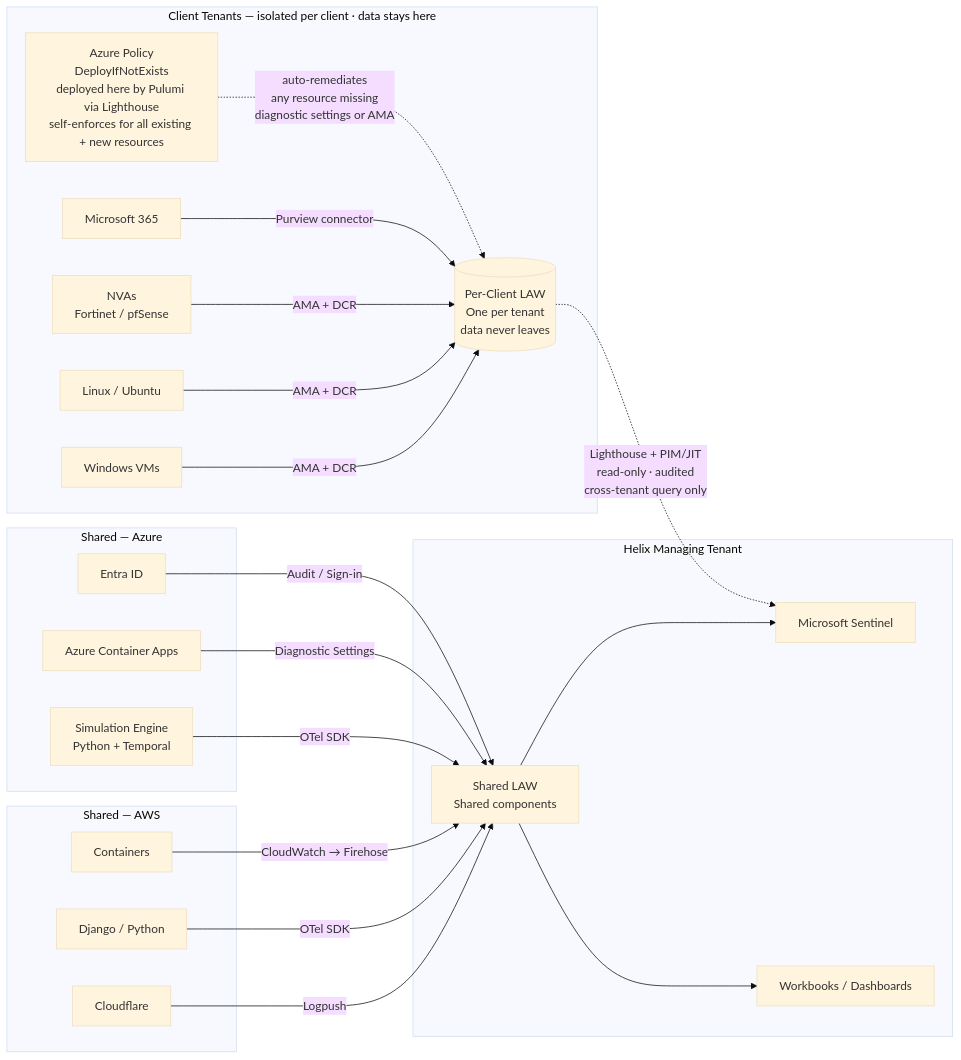
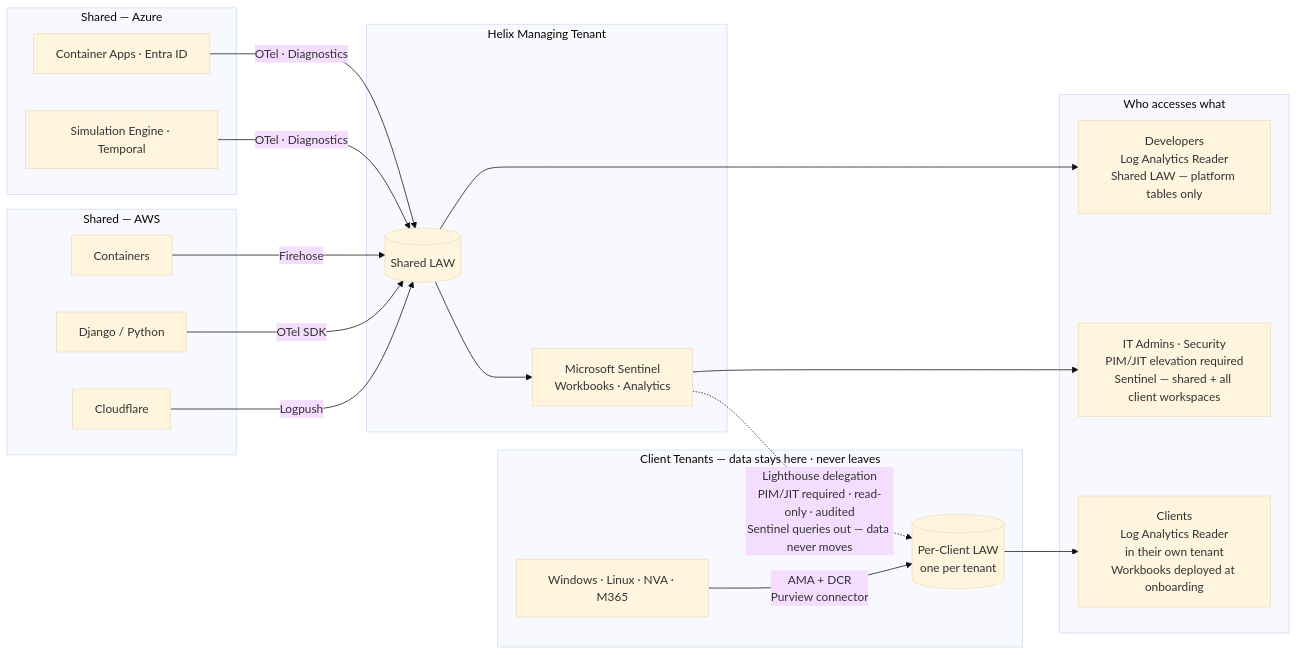
The first of 3 diagrams in README.md (danielcorrea89/helix-logging-proposal), drawn with Mermaid (base theme) before and after one commit. The commit also changed other lines of this file and 8 other files, not shown here.

````diff
--- a/README.md
+++ b/README.md
@@ -18,43 +18,41 @@
 ```mermaid
 flowchart LR
     subgraph aws["Shared — AWS"]
         CF[Cloudflare]
         DJ[Django / Python]
         AWSC[Containers]
     end
 
     subgraph aze["Shared — Azure"]
-        SE["Simulation Engine\nPython + Temporal"]
-        ACA[Azure Container Apps]
-        ENTRA[Entra ID]
+        SE["Simulation Engine · Temporal"]
+        ACA["Container Apps · Entra ID"]
     end
 
-    subgraph ct["Client Tenants — isolated per client · data stays here"]
-        WIN[Windows VMs]
-        LIN[Linux / Ubuntu]
-        NVA["NVAs\nFortinet / pfSense"]
-        M365[Microsoft 365]
-        CLAWS[("Per-Client LAW\nOne per tenant\ndata never leaves")]
-        POL["Azure Policy\nDeployIfNotExists\ndeployed here by Pulumi via Lighthouse\nself-enforces for all existing + new resources"]
-        WIN & LIN & NVA -- "AMA + DCR" --> CLAWS
-        M365 -- "Purview connector" --> CLAWS
-        POL -. "auto-remediates\nany resource missing\ndiagnostic settings or AMA" .-> CLAWS
+    subgraph ct["Client Tenants — data stays here · never leaves"]
+        SRCC["Windows · Linux · NVA · M365"]
+        CLAWS[("Per-Client LAW\none per tenant")]
+        SRCC -- "AMA + DCR\nPurview connector" --> CLAWS
     end
 
-    subgraph xp["Helix Managing Tenant"]
-        SLAW["Shared LAW\nShared components"]
-        SENTINEL[Microsoft Sentinel]
-        WB[Workbooks / Dashboards]
+    subgraph helix["Helix Managing Tenant"]
+        SLAW[("Shared LAW")]
+        SENTINEL["Microsoft Sentinel\nWorkbooks · Analytics"]
+        SLAW --> SENTINEL
+    end
+
+    subgraph who["Who accesses what"]
+        DEV["Developers\nLog Analytics Reader\nShared LAW — platform tables only"]
+        SEC["IT Admins · Security\nPIM/JIT elevation required\nSentinel — shared + all client workspaces"]
+        CLI["Clients\nLog Analytics Reader\nin their own tenant\nWorkbooks deployed at onboarding"]
     end
 
     CF -- "Logpush" --> SLAW
     DJ -- "OTel SDK" --> SLAW
-    AWSC -- "CloudWatch → Firehose" --> SLAW
-    SE -- "OTel SDK" --> SLAW
-    ACA -- "Diagnostic Settings" --> SLAW
-    ENTRA -- "Audit / Sign-in" --> SLAW
+    AWSC -- "Firehose" --> SLAW
+    SE & ACA -- "OTel · Diagnostics" --> SLAW
 
-    SLAW --> SENTINEL
-    SLAW --> WB
-    CLAWS -. "Lighthouse + PIM/JIT\nread-only · audited\ncross-tenant query only" .-> SENTINEL
+    SLAW --> DEV
+    SENTINEL --> SEC
+    SENTINEL -. "Lighthouse delegation\nPIM/JIT required · read-only · audited\nSentinel queries out — data never moves" .-> CLAWS
+    CLAWS --> CLI
 ```
````
